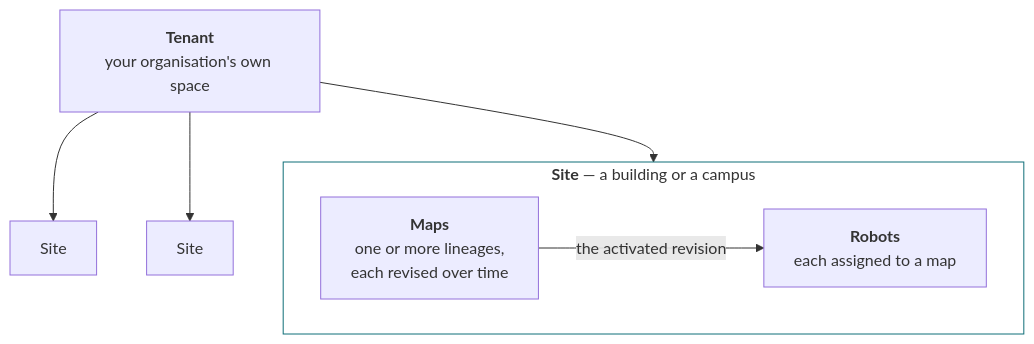
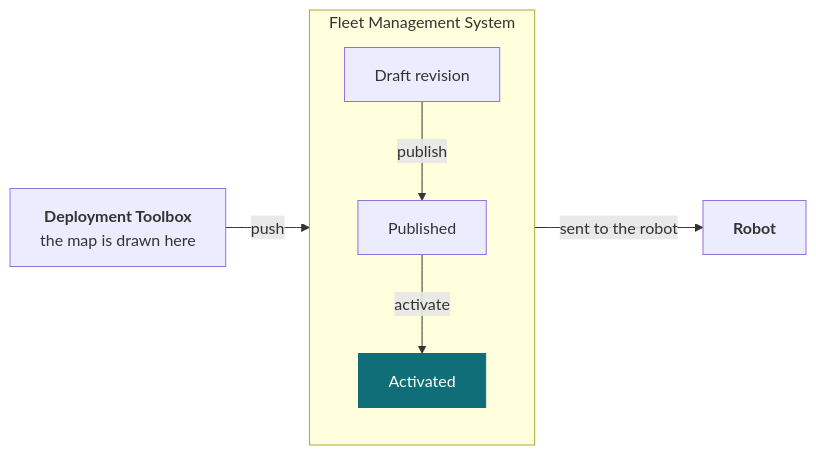
Before and after one commit to westonrobot/docs: the first of 2 diagrams in solution/fleet-management/tenant-management.md, drawn with Mermaid. The commit also changed other lines of this file and 2 other files, not shown here.

````diff
--- a/solution/fleet-management/tenant-management.md
+++ b/solution/fleet-management/tenant-management.md
@@ -22,16 +22,16 @@
 ```mermaid
-flowchart TB
-    T["<b>Tenant</b><br/>your organisation's own space"]
-    subgraph SITE["<b>Site</b> — a building or a campus"]
-        direction LR
-        MAPS["<b>Maps</b><br/>one or more lineages,<br/>each revised over time"]
-        ROBOTS["<b>Robots</b><br/>each assigned to a map"]
-        MAPS -->|"the activated revision"| ROBOTS
+flowchart LR
+    TB["<b>Deployment Toolbox</b><br/>the map is drawn here"]
+    subgraph FMS["Fleet Management System"]
+        direction TB
+        DRAFT["Draft revision"]
+        PUB["Published"]
+        ACTIVE["Activated"]
+        DRAFT -->|"publish"| PUB
+        PUB -->|"activate"| ACTIVE
     end
-    S2["Site"]
-    S3["Site"]
-    T --> SITE
-    T --> S2
-    T --> S3
-    style SITE fill:transparent,stroke:#0f6e78
+    ROBOT["<b>Robot</b>"]
+    TB -->|"push"| DRAFT
+    ACTIVE -->|"sent to the robot"| ROBOT
+    style ACTIVE fill:#0f6e78,stroke:#0f6e78,color:#fff
 ```
````
